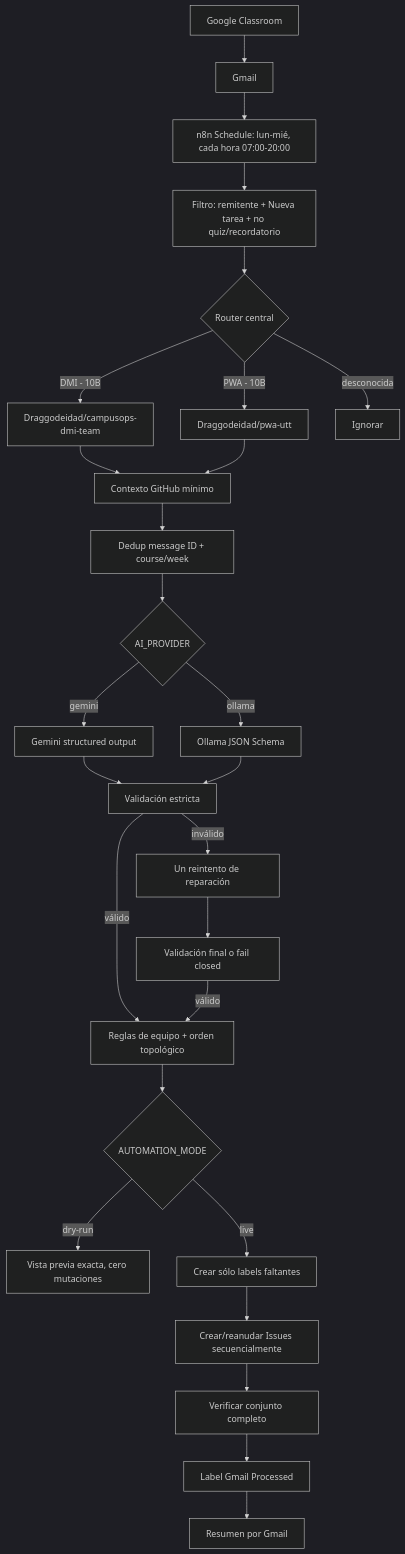
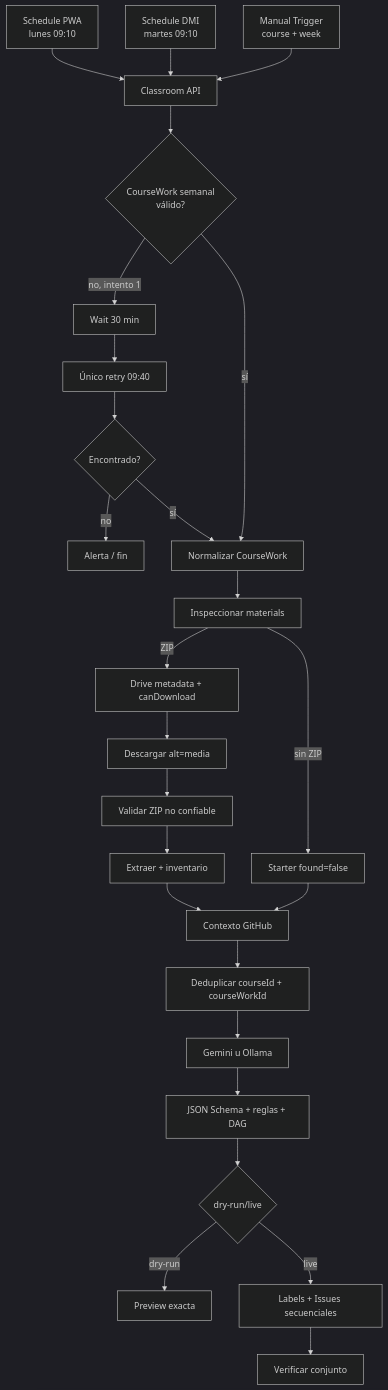
The diagram in README.md (Draggodeidad/automation-classrom), drawn with Mermaid (dark theme) before and after one commit. The commit also changed other lines of this file and 10 other files, not shown here.

Commit message:
docs: document classroom drive automation setup

````diff
--- a/README.md
+++ b/README.md
@@ -24,29 +7,28 @@
 ```mermaid
 flowchart TD
-    C[Google Classroom] --> G[Gmail]
-    G --> S[n8n Schedule: lun-mié, cada hora 07:00-20:00]
-    S --> F[Filtro: remitente + Nueva tarea + no quiz/recordatorio]
-    F --> R{Router central}
-    R -->|DMI - 10B| D[Draggodeidad/campusops-dmi-team]
-    R -->|PWA - 10B| P[Draggodeidad/pwa-utt]
-    R -->|desconocida| X[Ignorar]
-    D --> GC[Contexto GitHub mínimo]
-    P --> GC
-    GC --> DD[Dedup message ID + course/week]
-    DD --> AI{AI_PROVIDER}
-    AI -->|gemini| GM[Gemini structured output]
-    AI -->|ollama| OL[Ollama JSON Schema]
-    GM --> V[Validación estricta]
-    OL --> V
-    V -->|inválido| RET[Un reintento de reparación]
-    RET --> V2[Validación final o fail closed]
-    V -->|válido| TOPO[Reglas de equipo + orden topológico]
-    V2 -->|válido| TOPO
-    TOPO --> MODE{AUTOMATION_MODE}
-    MODE -->|dry-run| PRE[Vista previa exacta, cero mutaciones]
-    MODE -->|live| L[Crear sólo labels faltantes]
-    L --> I[Crear/reanudar Issues secuencialmente]
-    I --> VER[Verificar conjunto completo]
-    VER --> ML[Label Gmail Processed]
-    ML --> N[Resumen por Gmail]
+    SP[Schedule PWA\nlunes 09:10] --> C[Classroom API]
+    SD[Schedule DMI\nmartes 09:10] --> C
+    M[Manual Trigger\ncourse + week] --> C
+    C --> F{CourseWork semanal\nválido?}
+    F -->|no, intento 1| W[Wait 30 min]
+    W --> R[Único retry 09:40]
+    R --> F2{Encontrado?}
+    F2 -->|no| A[Alerta / fin]
+    F -->|sí| CW[Normalizar CourseWork]
+    F2 -->|sí| CW
+    CW --> MAT[Inspeccionar materials]
+    MAT -->|ZIP| DM[Drive metadata + canDownload]
+    DM --> DZ[Descargar alt=media]
+    DZ --> ZV[Validar ZIP no confiable]
+    ZV --> ZX[Extraer + inventario]
+    MAT -->|sin ZIP| SC[Starter found=false]
+    ZX --> GH[Contexto GitHub]
+    SC --> GH
+    GH --> ID[Deduplicar courseId + courseWorkId]
+    ID --> LLM[Gemini u Ollama]
+    LLM --> JS[JSON Schema + reglas + DAG]
+    JS --> DR{dry-run/live}
+    DR -->|dry-run| P[Preview exacta]
+    DR -->|live| I[Labels + Issues secuenciales]
+    I --> V[Verificar conjunto]
 ```
````
